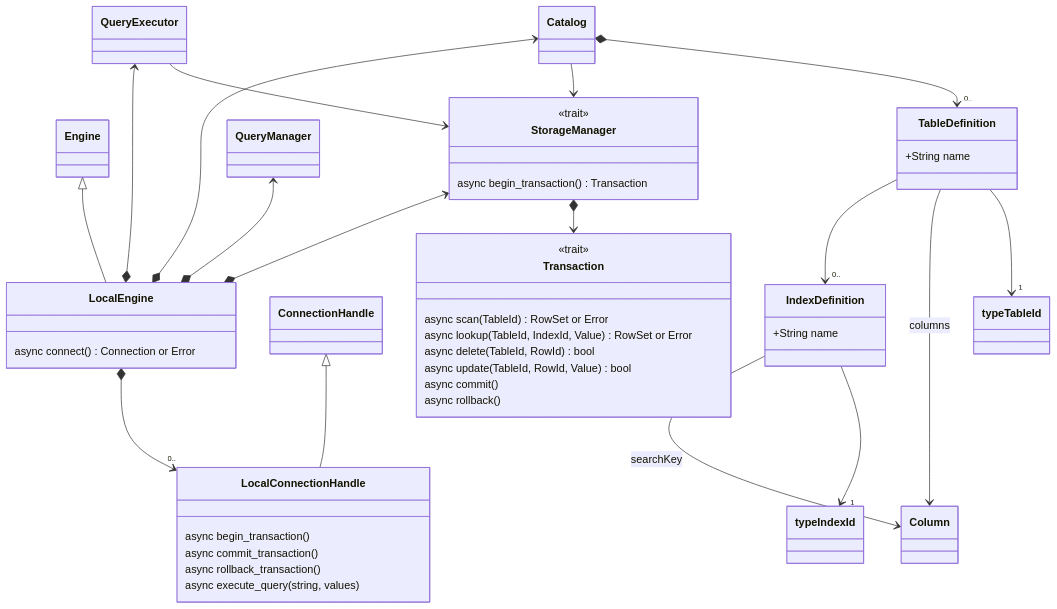
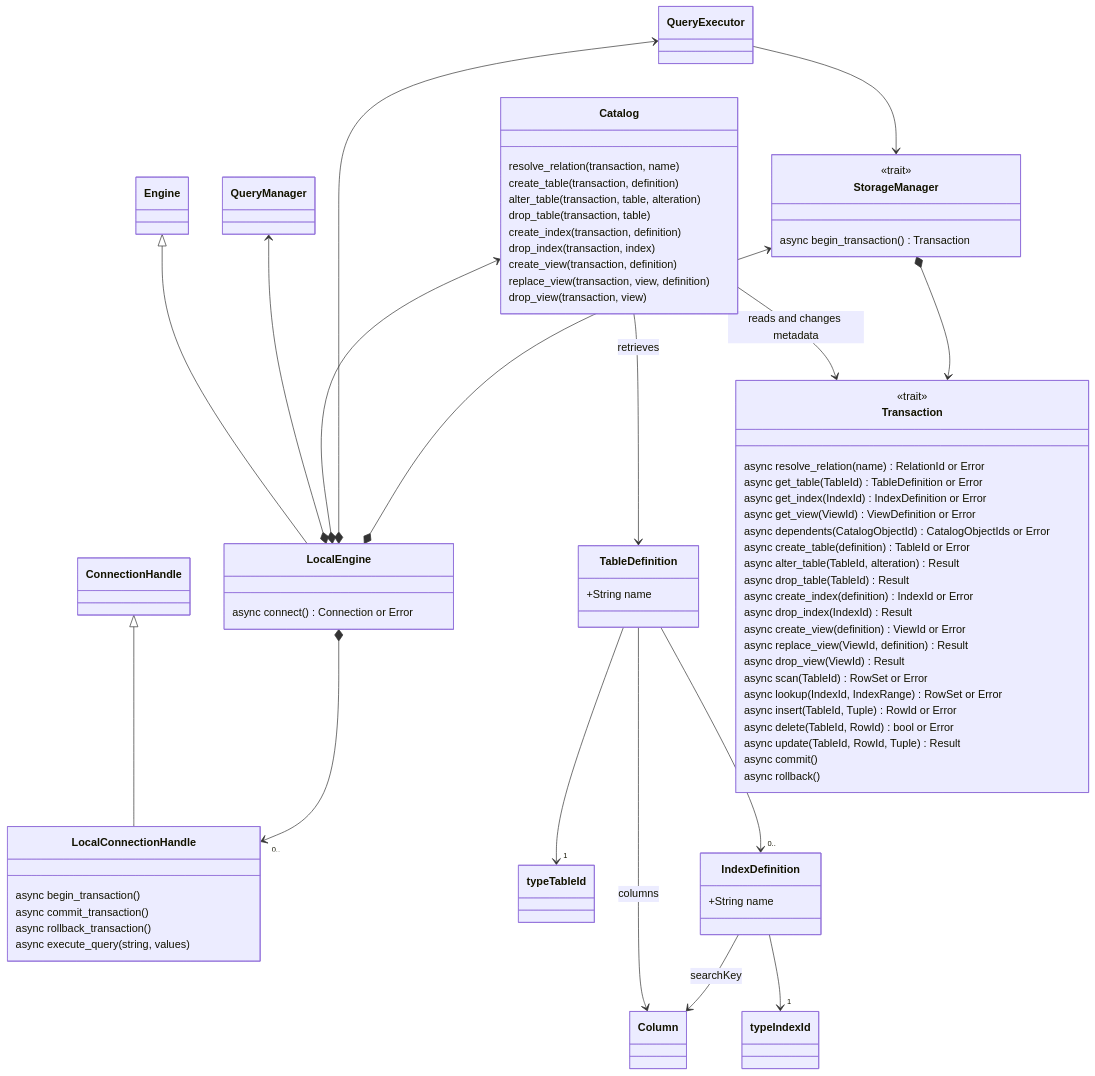
One commit to adityarao2005/database changed the first of 2 diagrams in docs/design/local_sql_db.md. Above: the diagram before and after it, drawn with Mermaid. The commit also changed other lines of this file, not shown here.

Commit message:
refactor: enhance class diagram for Catalog and Transaction; add methods for DDL operations and improve metadata handling

```diff
--- a/docs/design/local_sql_db.md
+++ b/docs/design/local_sql_db.md
@@ -20,6 +20,15 @@
     Engine <|-- LocalEngine
 
     class Catalog {
+        resolve_relation(transaction, name)
+        create_table(transaction, definition)
+        alter_table(transaction, table, alteration)
+        drop_table(transaction, table)
+        create_index(transaction, definition)
+        drop_index(transaction, index)
+        create_view(transaction, definition)
+        replace_view(transaction, view, definition)
+        drop_view(transaction, view)
     }
 
     class TableDefinition {
@@ -37,8 +46,8 @@
 
     TableDefinition --> "0.." IndexDefinition
 
-    Catalog *--> "0.." TableDefinition
-    Catalog --> StorageManager
+    Catalog --> TableDefinition : retrieves
+    Catalog --> Transaction : reads and changes metadata
 
     QueryExecutor --> StorageManager
 
@@ -52,10 +61,24 @@
 
     class Transaction {
         <<trait>>
+        async resolve_relation(name) RelationId or Error
+        async get_table(TableId) TableDefinition or Error
+        async get_index(IndexId) IndexDefinition or Error
+        async get_view(ViewId) ViewDefinition or Error
+        async dependents(CatalogObjectId) CatalogObjectIds or Error
+        async create_table(definition) TableId or Error
+        async alter_table(TableId, alteration) Result
+        async drop_table(TableId) Result
+        async create_index(definition) IndexId or Error
+        async drop_index(IndexId) Result
+        async create_view(definition) ViewId or Error
+        async replace_view(ViewId, definition) Result
+        async drop_view(ViewId) Result
         async scan(TableId) RowSet or Error
-        async lookup(TableId, IndexId, Value) RowSet or Error
-        async delete(TableId, RowId) bool
-        async update(TableId, RowId, Value) bool
+        async lookup(IndexId, IndexRange) RowSet or Error
+        async insert(TableId, Tuple) RowId or Error
+        async delete(TableId, RowId) bool or Error
+        async update(TableId, RowId, Tuple) Result
         async commit()
         async rollback()
     }
```
